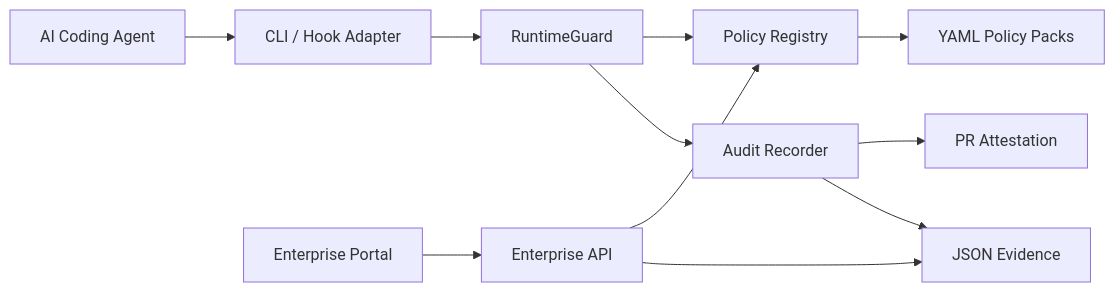
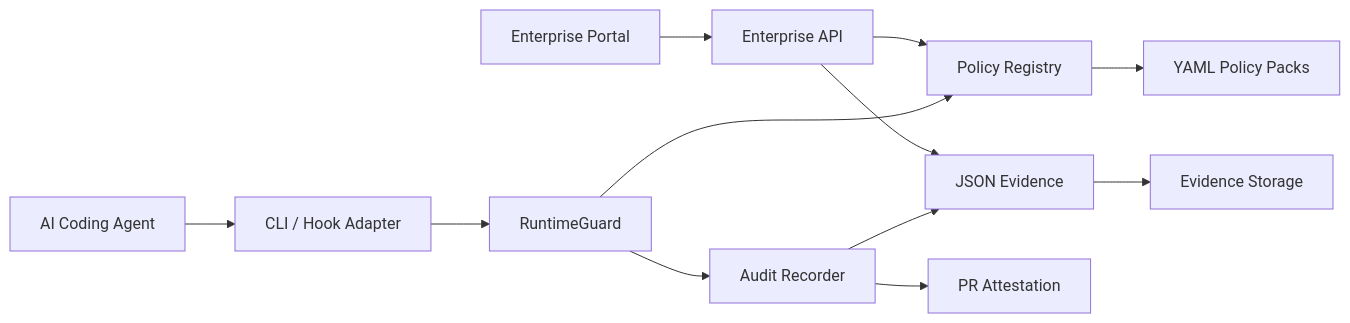
Before and after one commit to Huzefaaa2/terraguard-agentshield: the second of 2 diagrams in docs/wiki/C4-Model.md, drawn with Mermaid. The commit also changed 21 other files, not shown here.

````diff
--- a/docs/wiki/C4-Model.md
+++ b/docs/wiki/C4-Model.md
@@ -27,13 +27,14 @@
 ```mermaid
 flowchart LR
     Agent[AI Coding Agent] --> CLI[CLI / Hook Adapter]
     Portal[Enterprise Portal] --> API[Enterprise API]
     CLI --> Guard[RuntimeGuard]
     API --> Registry
     API --> JSON
     Guard --> Registry[Policy Registry]
     Registry --> Packs[YAML Policy Packs]
     Guard --> Audit[Audit Recorder]
     Audit --> PR[PR Attestation]
     Audit --> JSON[JSON Evidence]
+    JSON --> Store[Evidence Storage]
 ```
````
